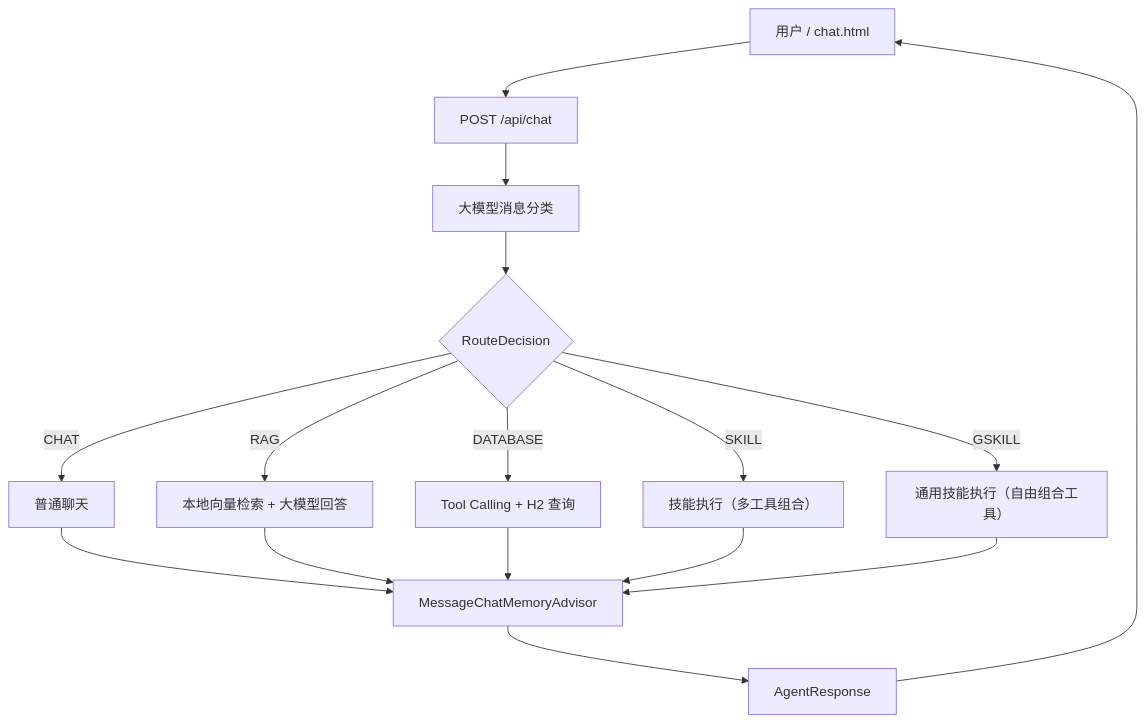
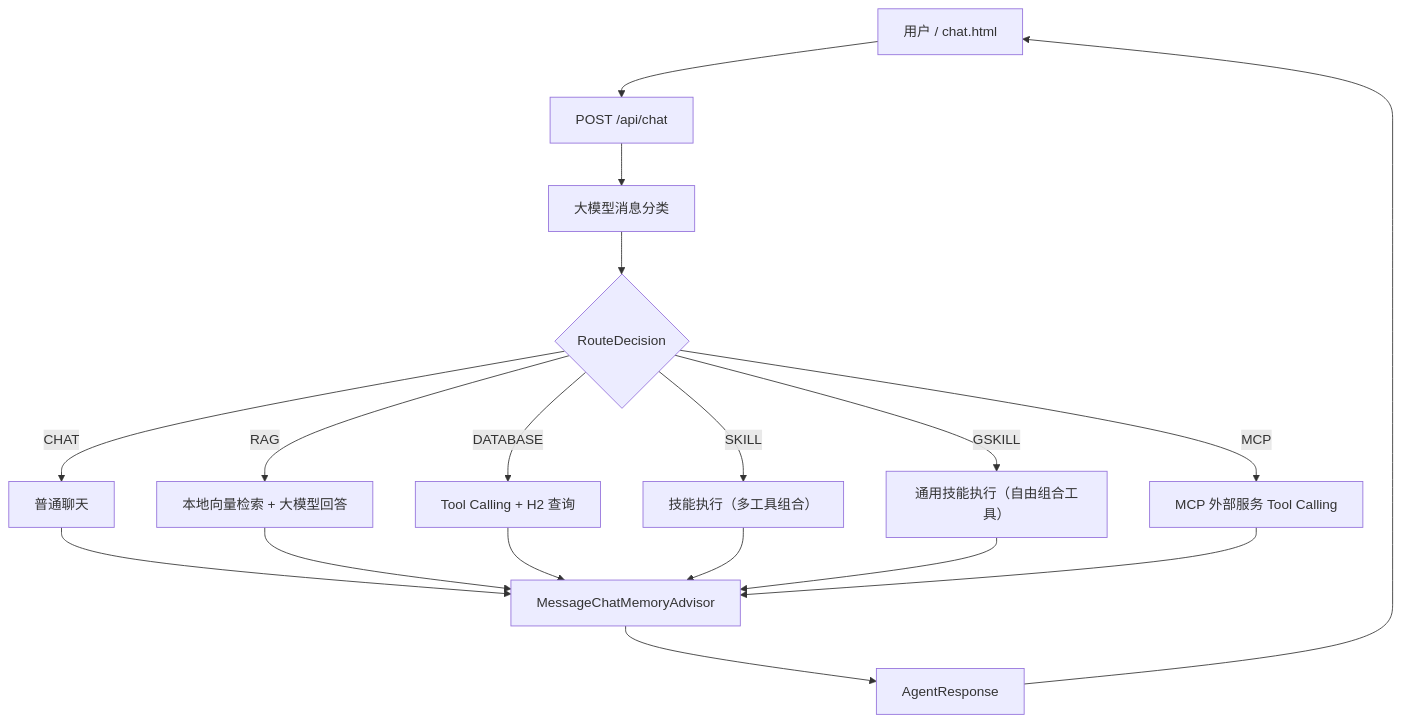
The diagram in README.md (hdwang123/sagent), drawn with Mermaid before and after one commit. The commit also changed other lines of this file and 3 other files, not shown here.

````diff
--- a/README.md
+++ b/README.md
@@ -38,18 +39,20 @@
 ```mermaid
 flowchart TD
     U["用户 / chat.html"] --> C["POST /api/chat"]
     C --> R["大模型消息分类"]
     R --> D{"RouteDecision"}
     D -->|"CHAT"| CH["普通聊天"]
     D -->|"RAG"| RA["本地向量检索 + 大模型回答"]
     D -->|"DATABASE"| DB["Tool Calling + H2 查询"]
     D -->|"SKILL"| SK["技能执行（多工具组合）"]
     D -->|"GSKILL"| GS["通用技能执行（自由组合工具）"]
+    D -->|"MCP"| MC["MCP 外部服务 Tool Calling"]
     CH --> M["MessageChatMemoryAdvisor"]
     RA --> M
     DB --> M
     SK --> M
     GS --> M
+    MC --> M
     M --> A["AgentResponse"]
     A --> U
 ```
````
